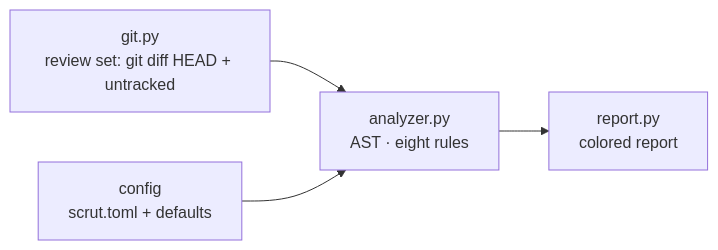
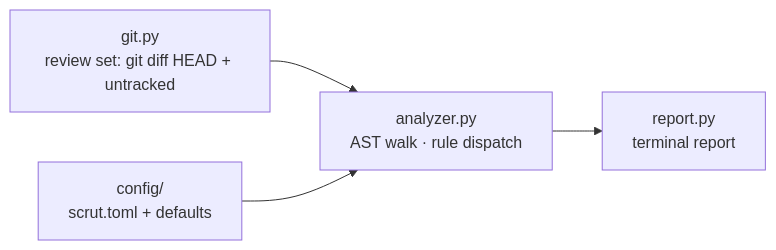
Before and after one commit to mukundzha/avouch: the diagram in README.md, drawn with Mermaid. The commit also changed other lines of this file and 8 other files, not shown here.

````diff
--- a/README.md
+++ b/README.md
@@ -255,6 +528,6 @@
 ```mermaid
 flowchart LR
-    G[git.py<br/>review set: git diff HEAD + untracked] --> A[analyzer.py<br/>AST · eight rules]
-    C[config<br/>scrut.toml + defaults] --> A
-    A --> R[report.py<br/>colored report]
+    G[git.py<br/>review set: git diff HEAD + untracked] --> A[analyzer.py<br/>AST walk · rule dispatch]
+    C[config/<br/>scrut.toml + defaults] --> A
+    A --> R[report.py<br/>terminal report]
 ```
````
